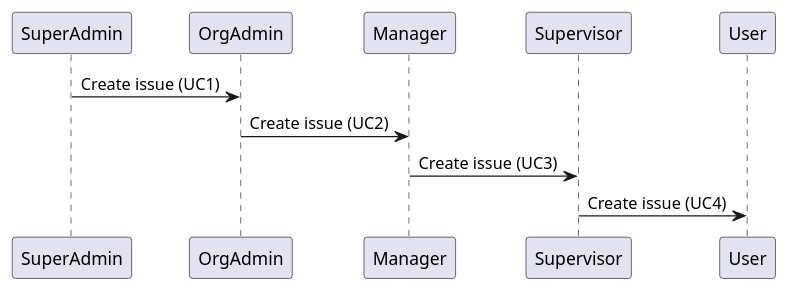
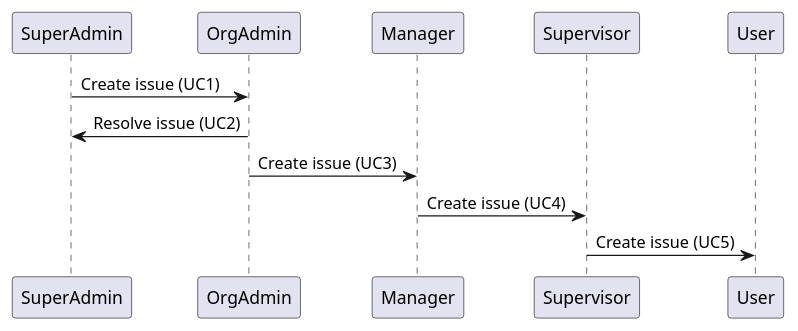
One commit to wawerualbert/CodeHub changed the diagram in documentation/issue management/all_issue_management_use_cases.wsd. Above: the diagram before and after it, drawn with PlantUML. The commit also changed 2 other files, not shown here.

```diff
--- a/documentation/issue management/all_issue_management_use_cases.wsd
+++ b/documentation/issue management/all_issue_management_use_cases.wsd
@@ -1,9 +1,11 @@
 @startuml All Use Cases Issue Management
 
 participant "SuperAdmin" as SuperAdmin
 SuperAdmin -> OrgAdmin:Create issue (UC1)
-OrgAdmin -> Manager:Create issue (UC2)
-Manager -> Supervisor:Create issue (UC3)
-Supervisor -> User:Create issue (UC4)
+OrgAdmin -> SuperAdmin:Resolve issue (UC2)
+
+OrgAdmin -> Manager:Create issue (UC3)
+Manager -> Supervisor:Create issue (UC4)
+Supervisor -> User:Create issue (UC5)
 
 @enduml
```
